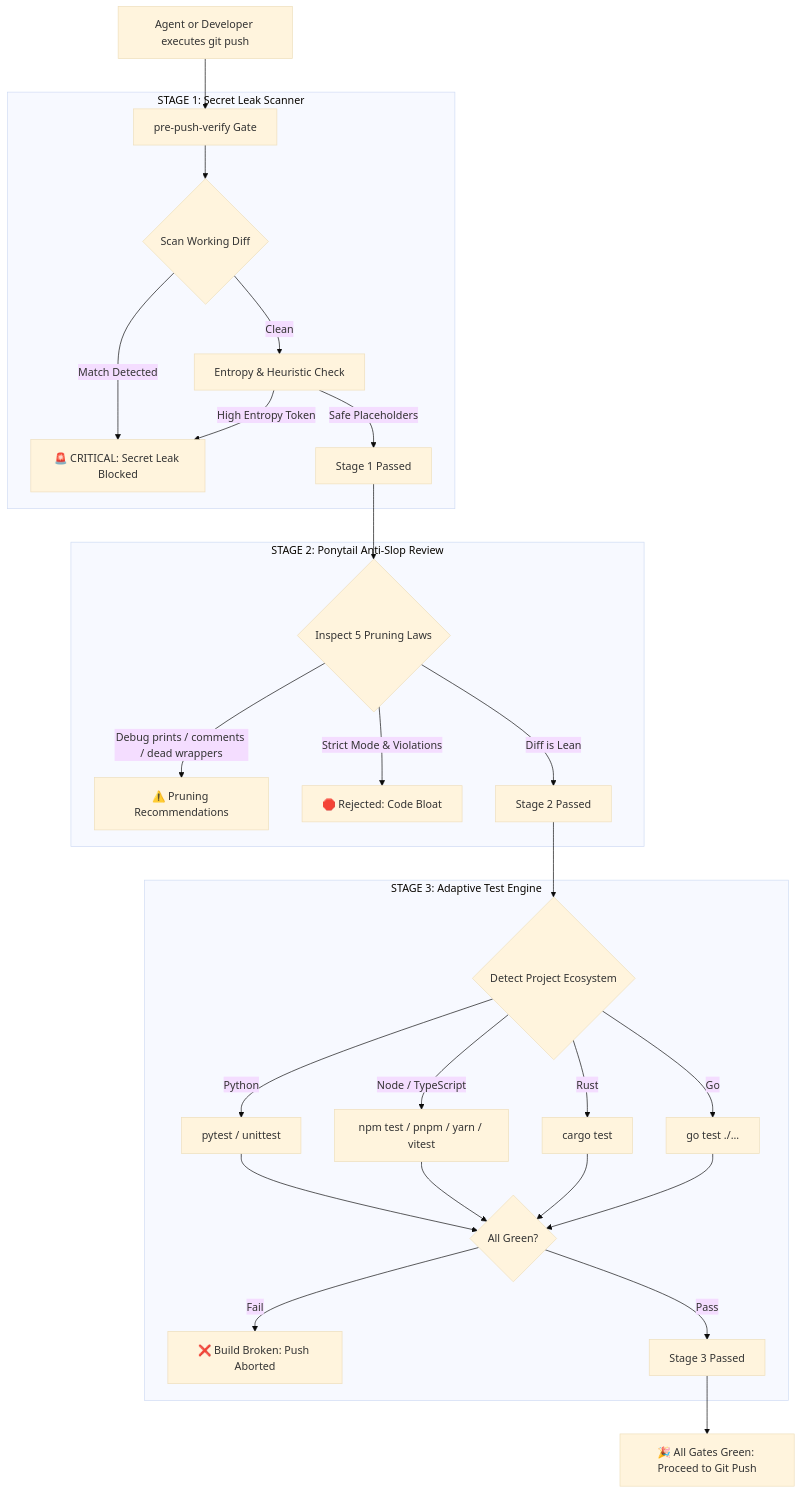
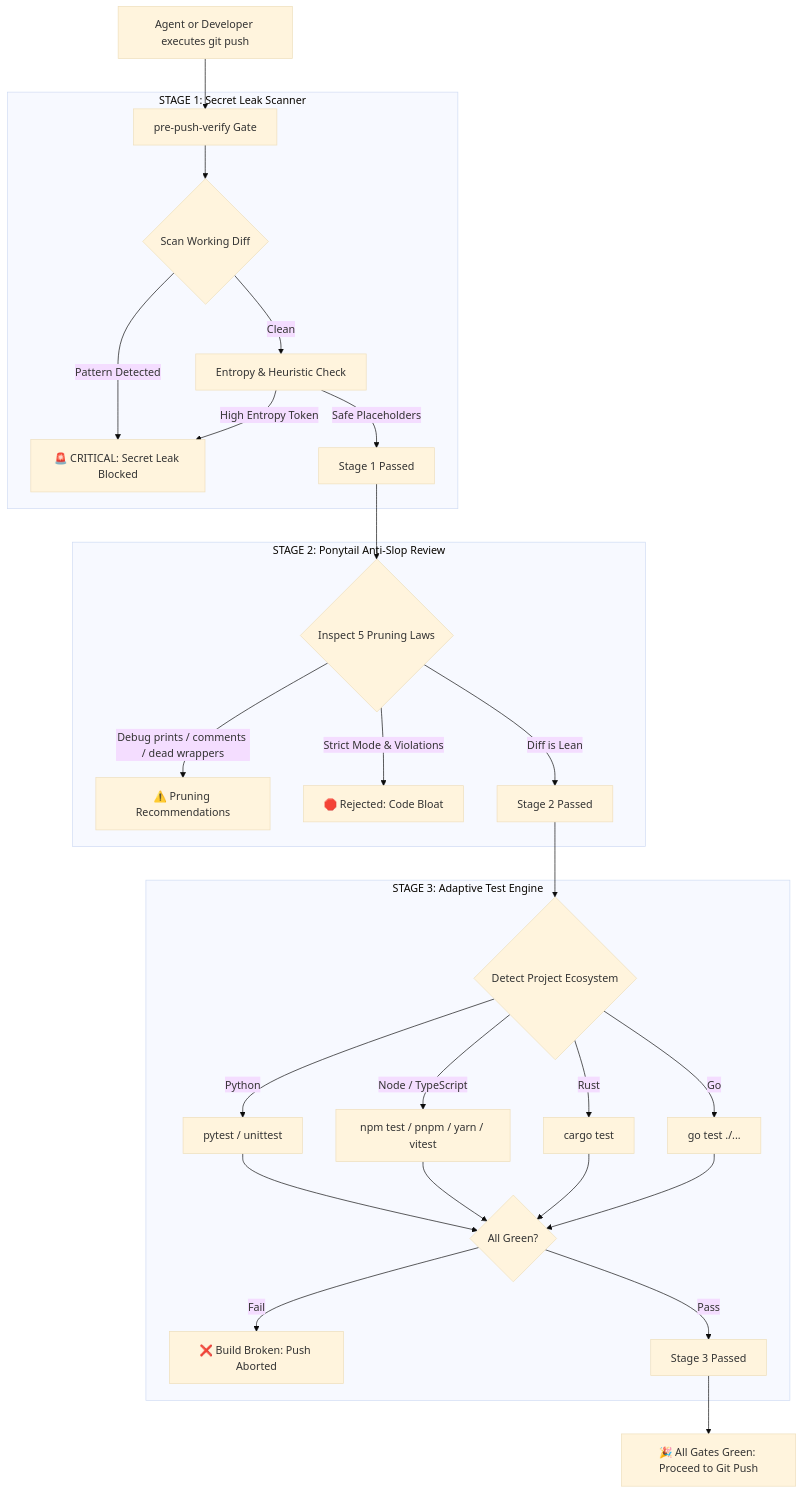
One commit to jeevesh2515/pre-push-verify changed the diagram in README.md. Above: the diagram before and after it, drawn with Mermaid (base theme). The commit also changed other lines of this file and 5 other files, not shown here.

First line of the commit message:
feat(security): enforce 100% local-first architecture and zero data retention invariants

````diff
--- a/README.md
+++ b/README.md
@@ -82,32 +102,32 @@
 ```mermaid
 flowchart TD
     A[Agent or Developer executes git push] --> B[pre-push-verify Gate]
     
     subgraph STAGE 1: Secret Leak Scanner
         B --> C{Scan Working Diff}
-        C -->|Match Detected| D[🚨 CRITICAL: Secret Leak Blocked]
+        C -->|Pattern Detected| D[🚨 CRITICAL: Secret Leak Blocked]
         C -->|Clean| E[Entropy & Heuristic Check]
         E -->|High Entropy Token| D
         E -->|Safe Placeholders| F[Stage 1 Passed]
     end
 
     subgraph STAGE 2: Ponytail Anti-Slop Review
         F --> G{Inspect 5 Pruning Laws}
         G -->|Debug prints / comments / dead wrappers| H[⚠️ Pruning Recommendations]
         G -->|Strict Mode & Violations| I[🛑 Rejected: Code Bloat]
         G -->|Diff is Lean| J[Stage 2 Passed]
     end
 
     subgraph STAGE 3: Adaptive Test Engine
         J --> K{Detect Project Ecosystem}
         K -->|Python| L[pytest / unittest]
         K -->|Node / TypeScript| M[npm test / pnpm / yarn / vitest]
         K -->|Rust| N[cargo test]
         K -->|Go| O[go test ./...]
         L & M & N & O --> P{All Green?}
         P -->|Fail| Q[❌ Build Broken: Push Aborted]
         P -->|Pass| R[Stage 3 Passed]
     end
 
     R --> S[🎉 All Gates Green: Proceed to Git Push]
 ```
````
